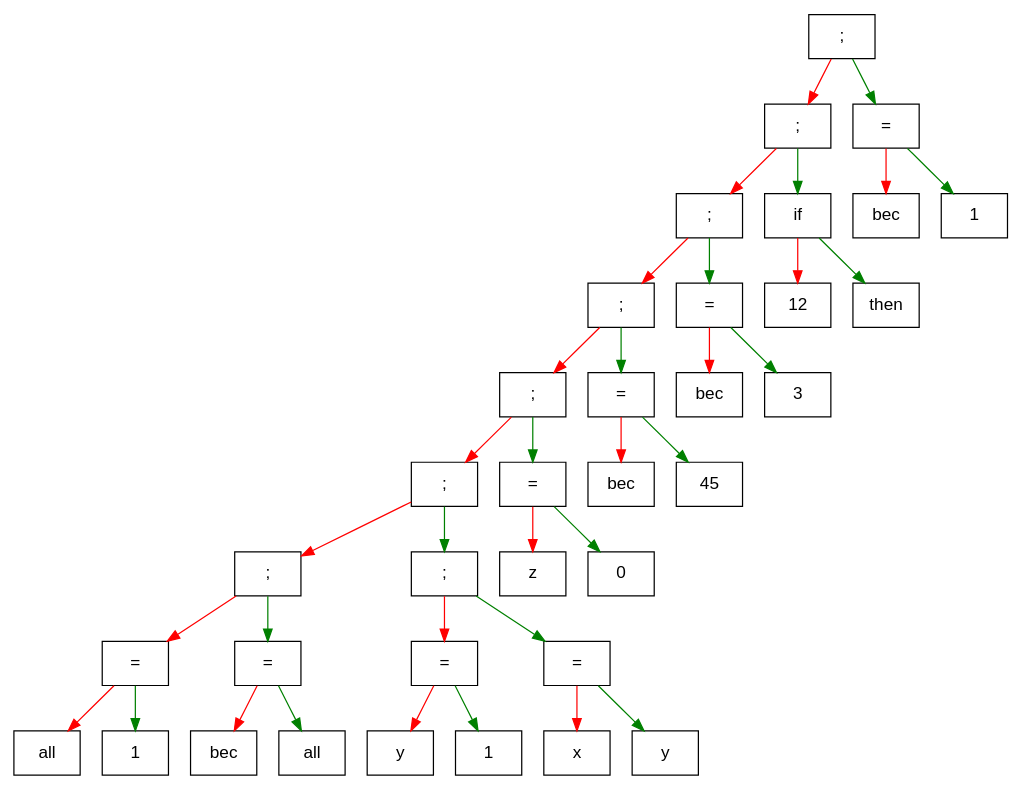
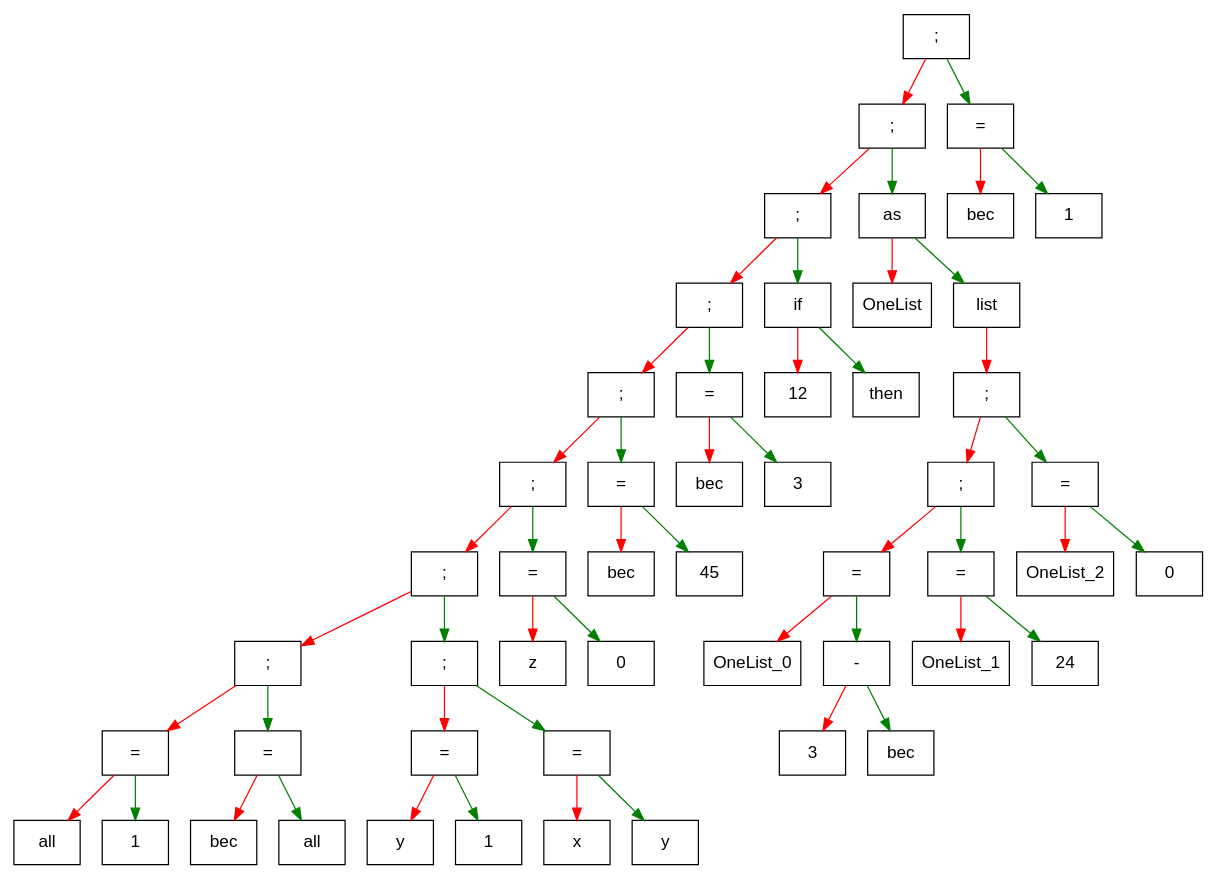
Before and after one commit to Naminar/Language: the diagram in dump.dot, drawn with Graphviz. The commit also changed 19 other files, not shown here.

```diff
--- a/dump.dot
+++ b/dump.dot
@@ -1,72 +1,106 @@
 digraph G{
  size="100" node [shape = record, fontname = Arial];
-    elem000002000cb165e0[label = " { ; } "];
+    elem000001b39a668fb0[label = " { ; } "];
 edge [color = red];
-elem000002000cb165e0 -> elem000002000cb15ce0;edge [color = green];
-elem000002000cb165e0 -> elem000002000cb17630;elem000002000cb15ce0[label = " { ; } "];
+elem000001b39a668fb0 -> elem000001b39a6699f0;edge [color = green];
+elem000001b39a668fb0 -> elem000001b39a668bf0;elem000001b39a6699f0[label = " { ; } "];
 edge [color = red];
-elem000002000cb15ce0 -> elem000002000cb161a0;edge [color = green];
-elem000002000cb15ce0 -> elem000002000cb17730;elem000002000cb161a0[label = " { ; } "];
+elem000001b39a6699f0 -> elem000001b39a668d70;edge [color = green];
+elem000001b39a6699f0 -> elem000001b39a667c70;elem000001b39a668d70[label = " { ; } "];
 edge [color = red];
-elem000002000cb161a0 -> elem000002000cb164e0;edge [color = green];
-elem000002000cb161a0 -> elem000002000cb177b0;elem000002000cb164e0[label = " { ; } "];
+elem000001b39a668d70 -> elem000001b39a668d30;edge [color = green];
+elem000001b39a668d70 -> elem000001b39a6677b0;elem000001b39a668d30[label = " { ; } "];
 edge [color = red];
-elem000002000cb164e0 -> elem000002000cb16620;edge [color = green];
-elem000002000cb164e0 -> elem000002000cb175b0;elem000002000cb16620[label = " { ; } "];
+elem000001b39a668d30 -> elem000001b39a668cf0;edge [color = green];
+elem000001b39a668d30 -> elem000001b39a6679b0;elem000001b39a668cf0[label = " { ; } "];
 edge [color = red];
-elem000002000cb16620 -> elem000002000cb165a0;edge [color = green];
-elem000002000cb16620 -> elem000002000cb16160;elem000002000cb165a0[label = " { ; } "];
+elem000001b39a668cf0 -> elem000001b39a6696b0;edge [color = green];
+elem000001b39a668cf0 -> elem000001b39a6676f0;elem000001b39a6696b0[label = " { ; } "];
 edge [color = red];
-elem000002000cb165a0 -> elem000002000cb166e0;edge [color = green];
-elem000002000cb165a0 -> elem000002000cb16120;elem000002000cb166e0[label = " { ; } "];
+elem000001b39a6696b0 -> elem000001b39a6698b0;edge [color = green];
+elem000001b39a6696b0 -> elem000001b39a669130;elem000001b39a6698b0[label = " { ; } "];
 edge [color = red];
-elem000002000cb166e0 -> elem000002000cb117d0;edge [color = green];
-elem000002000cb166e0 -> elem000002000cb116b0;elem000002000cb117d0[label = " { = } "];
+elem000001b39a6698b0 -> elem000001b39a6693b0;edge [color = green];
+elem000001b39a6698b0 -> elem000001b39a668c30;elem000001b39a6693b0[label = " { ; } "];
 edge [color = red];
-elem000002000cb117d0 -> elem000002000cb11740;edge [color = green];
-elem000002000cb117d0 -> elem000002000cb11860;elem000002000cb11740[label = " {all} "];
-elem000002000cb11860[label = " {1} "];
-elem000002000cb116b0[label = " { = } "];
+elem000001b39a6693b0 -> elem000001b39a6617d0;edge [color = green];
+elem000001b39a6693b0 -> elem000001b39a6616b0;elem000001b39a6617d0[label = " { = } "];
 edge [color = red];
-elem000002000cb116b0 -> elem000002000cb11620;edge [color = green];
-elem000002000cb116b0 -> elem000002000cb15b60;elem000002000cb11620[label = " {bec} "];
-elem000002000cb15b60[label = " {all} "];
-elem000002000cb16120[label = " { ; } "];
+elem000001b39a6617d0 -> elem000001b39a661740;edge [color = green];
+elem000001b39a6617d0 -> elem000001b39a661860;elem000001b39a661740[label = " {all} "];
+elem000001b39a661860[label = " {1} "];
+elem000001b39a6616b0[label = " { = } "];
 edge [color = red];
-elem000002000cb16120 -> elem000002000cb16a80;edge [color = green];
-elem000002000cb16120 -> elem000002000cb16960;elem000002000cb16a80[label = " { = } "];
+elem000001b39a6616b0 -> elem000001b39a661620;edge [color = green];
+elem000001b39a6616b0 -> elem000001b39a669070;elem000001b39a661620[label = " {bec} "];
+elem000001b39a669070[label = " {all} "];
+elem000001b39a668c30[label = " { ; } "];
 edge [color = red];
-elem000002000cb16a80 -> elem000002000cb169f0;edge [color = green];
-elem000002000cb16a80 -> elem000002000cb16b10;elem000002000cb169f0[label = " {y} "];
-elem000002000cb16b10[label = " {1} "];
-elem000002000cb16960[label = " { = } "];
+elem000001b39a668c30 -> elem000001b39a666a80;edge [color = green];
+elem000001b39a668c30 -> elem000001b39a666960;elem000001b39a666a80[label = " { = } "];
 edge [color = red];
-elem000002000cb16960 -> elem000002000cb168d0;edge [color = green];
-elem000002000cb16960 -> elem000002000cb15e60;elem000002000cb168d0[label = " {x} "];
-elem000002000cb15e60[label = " {y} "];
-elem000002000cb16160[label = " { = } "];
+elem000001b39a666a80 -> elem000001b39a6669f0;edge [color = green];
+elem000001b39a666a80 -> elem000001b39a666b10;elem000001b39a6669f0[label = " {y} "];
+elem000001b39a666b10[label = " {1} "];
+elem000001b39a666960[label = " { = } "];
 edge [color = red];
-elem000002000cb16160 -> elem000002000cb174a0;edge [color = green];
-elem000002000cb16160 -> elem000002000cb15be0;elem000002000cb174a0[label = " {z} "];
-elem000002000cb15be0[label = " {0} "];
-elem000002000cb175b0[label = " { = } "];
+elem000001b39a666960 -> elem000001b39a6668d0;edge [color = green];
+elem000001b39a666960 -> elem000001b39a669230;elem000001b39a6668d0[label = " {x} "];
+elem000001b39a669230[label = " {y} "];
+elem000001b39a669130[label = " { = } "];
 edge [color = red];
-elem000002000cb175b0 -> elem000002000cb17970;edge [color = green];
-elem000002000cb175b0 -> elem000002000cb175f0;elem000002000cb17970[label = " {bec} "];
-elem000002000cb175f0[label = " {45} "];
-elem000002000cb177b0[label = " { = } "];
+elem000001b39a669130 -> elem000001b39a6674a0;edge [color = green];
+elem000001b39a669130 -> elem000001b39a6699b0;elem000001b39a6674a0[label = " {z} "];
+elem000001b39a6699b0[label = " {0} "];
+elem000001b39a6676f0[label = " { = } "];
 edge [color = red];
-elem000002000cb177b0 -> elem000002000cb17b70;edge [color = green];
-elem000002000cb177b0 -> elem000002000cb176b0;elem000002000cb17b70[label = " {bec} "];
-elem000002000cb176b0[label = " {3} "];
-elem000002000cb17730[label = " {if} "];
+elem000001b39a6676f0 -> elem000001b39a667b30;edge [color = green];
+elem000001b39a6676f0 -> elem000001b39a667bb0;elem000001b39a667b30[label = " {bec} "];
+elem000001b39a667bb0[label = " {45} "];
+elem000001b39a6679b0[label = " { = } "];
 edge [color = red];
-elem000002000cb17730 -> elem000002000cb17870;edge [color = green];
-elem000002000cb17730 -> elem000002000cb16820;elem000002000cb17870[label = " {12} "];
-elem000002000cb16820[label = " {then} "];
-elem000002000cb17630[label = " { = } "];
+elem000001b39a6679b0 -> elem000001b39a667a70;edge [color = green];
+elem000001b39a6679b0 -> elem000001b39a667c30;elem000001b39a667a70[label = " {bec} "];
+elem000001b39a667c30[label = " {3} "];
+elem000001b39a6677b0[label = " {if} "];
 edge [color = red];
-elem000002000cb17630 -> elem000002000cb178b0;edge [color = green];
-elem000002000cb17630 -> elem000002000cb178f0;elem000002000cb178b0[label = " {bec} "];
-elem000002000cb178f0[label = " {1} "];
+elem000001b39a6677b0 -> elem000001b39a667af0;edge [color = green];
+elem000001b39a6677b0 -> elem000001b39a6695b0;elem000001b39a667af0[label = " {12} "];
+elem000001b39a6695b0[label = " {then} "];
+elem000001b39a667c70[label = " {as} "];
+edge [color = red];
+elem000001b39a667c70 -> elem000001b39a667870;edge [color = green];
+elem000001b39a667c70 -> elem000001b39a6675b0;elem000001b39a667870[label = " {OneList} "];
+elem000001b39a6675b0[label = " {list} "];
+edge [color = red];
+elem000001b39a6675b0 -> elem000001b39a669770;elem000001b39a669770[label = " { ; } "];
+edge [color = red];
+elem000001b39a669770 -> elem000001b39a668e30;edge [color = green];
+elem000001b39a669770 -> elem000001b39a669430;elem000001b39a668e30[label = " { ; } "];
+edge [color = red];
+elem000001b39a668e30 -> elem000001b39a669670;edge [color = green];
+elem000001b39a668e30 -> elem000001b39a669730;elem000001b39a669670[label = " { = } "];
+edge [color = red];
+elem000001b39a669670 -> elem000001b39a669630;edge [color = green];
+elem000001b39a669670 -> elem000001b39a669970;elem000001b39a669630[label = " {OneList_0} "];
+elem000001b39a669970[label = " { - } "];
+edge [color = red];
+elem000001b39a669970 -> elem000001b39a669870;edge [color = green];
+elem000001b39a669970 -> elem000001b39a669530;elem000001b39a669870[label = " {3} "];
+elem000001b39a669530[label = " {bec} "];
+elem000001b39a669730[label = " { = } "];
+edge [color = red];
+elem000001b39a669730 -> elem000001b39a6696f0;edge [color = green];
+elem000001b39a669730 -> elem000001b39a669ab0;elem000001b39a6696f0[label = " {OneList_1} "];
+elem000001b39a669ab0[label = " {24} "];
+elem000001b39a669430[label = " { = } "];
+edge [color = red];
+elem000001b39a669430 -> elem000001b39a668ef0;edge [color = green];
+elem000001b39a669430 -> elem000001b39a669270;elem000001b39a668ef0[label = " {OneList_2} "];
+elem000001b39a669270[label = " {0} "];
+elem000001b39a668bf0[label = " { = } "];
+edge [color = red];
+elem000001b39a668bf0 -> elem000001b39a669a70;edge [color = green];
+elem000001b39a668bf0 -> elem000001b39a669570;elem000001b39a669a70[label = " {bec} "];
+elem000001b39a669570[label = " {1} "];
 }
```
